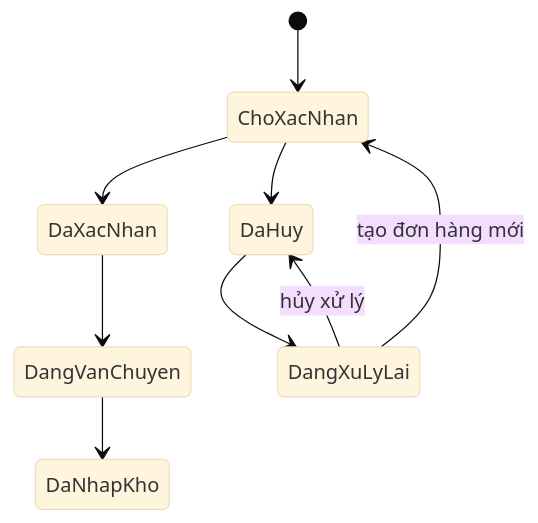
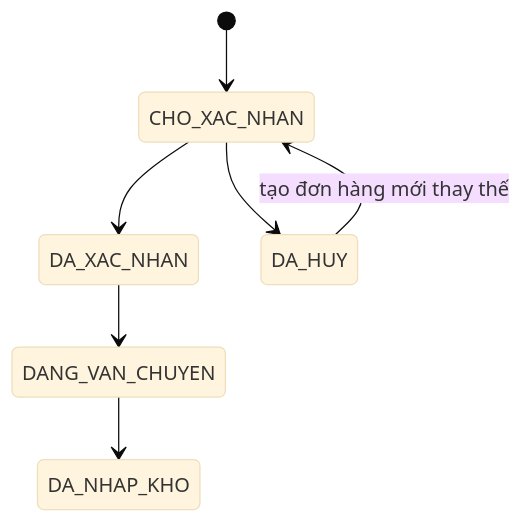
Before and after one commit to NeoCyber05/PRJ_ITSS: the third of 6 diagrams in usecase_xu_ly_don_hang_bi_huy.md, drawn with Mermaid (base theme). The commit also changed other lines of this file and 26 other files, not shown here.

````diff
--- a/usecase_xu_ly_don_hang_bi_huy.md
+++ b/usecase_xu_ly_don_hang_bi_huy.md
@@ -436,11 +422,9 @@
 ```mermaid
 stateDiagram-v2
-    [*] --> ChoXacNhan
-    ChoXacNhan --> DaXacNhan
-    ChoXacNhan --> DaHuy
-    DaHuy --> DangXuLyLai
-    DangXuLyLai --> ChoXacNhan: tạo đơn hàng mới
-    DangXuLyLai --> DaHuy: hủy xử lý
-    DaXacNhan --> DangVanChuyen
-    DangVanChuyen --> DaNhapKho
+    [*] --> CHO_XAC_NHAN
+    CHO_XAC_NHAN --> DA_XAC_NHAN
+    CHO_XAC_NHAN --> DA_HUY
+    DA_HUY --> CHO_XAC_NHAN : tạo đơn hàng mới thay thế
+    DA_XAC_NHAN --> DANG_VAN_CHUYEN
+    DANG_VAN_CHUYEN --> DA_NHAP_KHO
 ```
````
